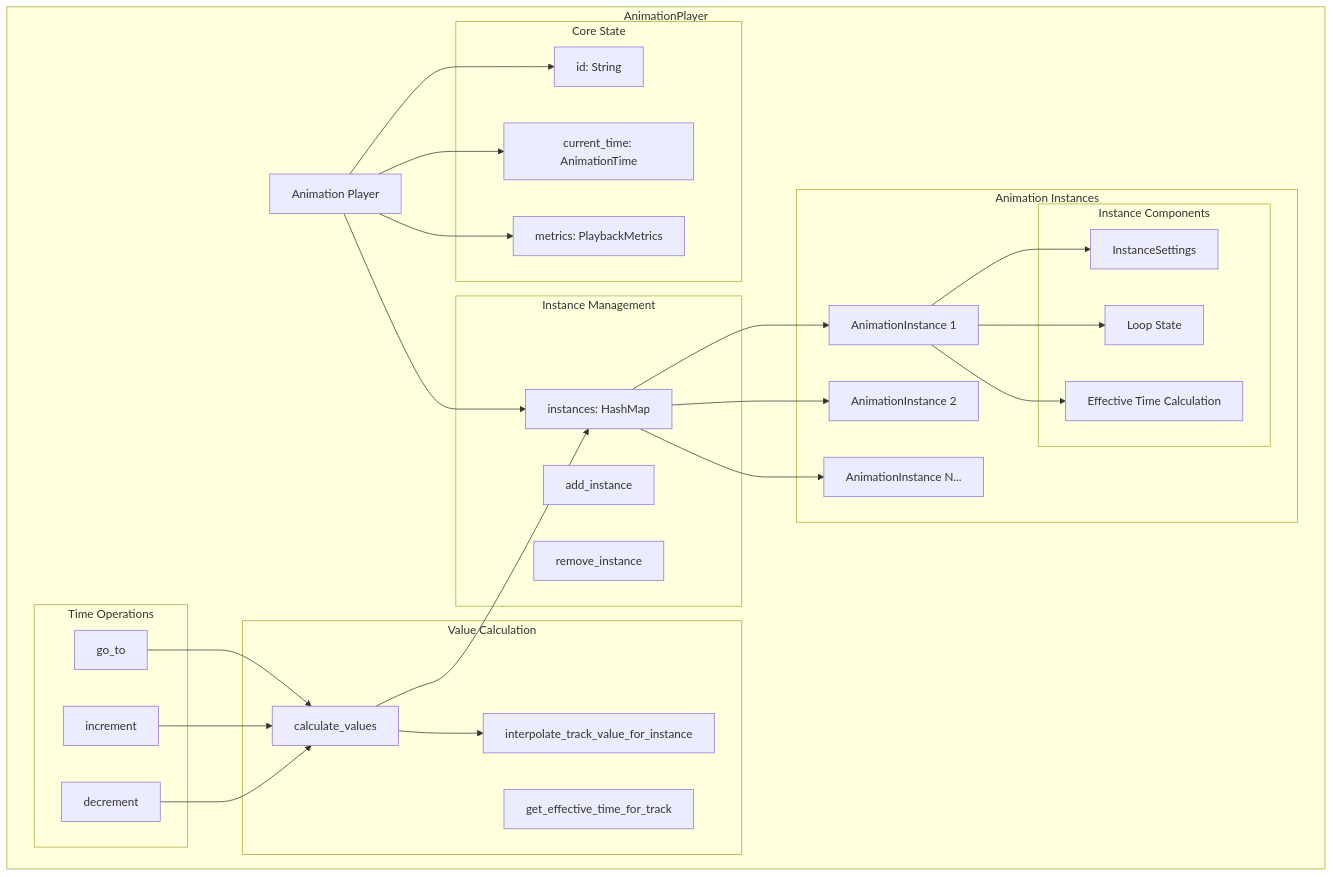
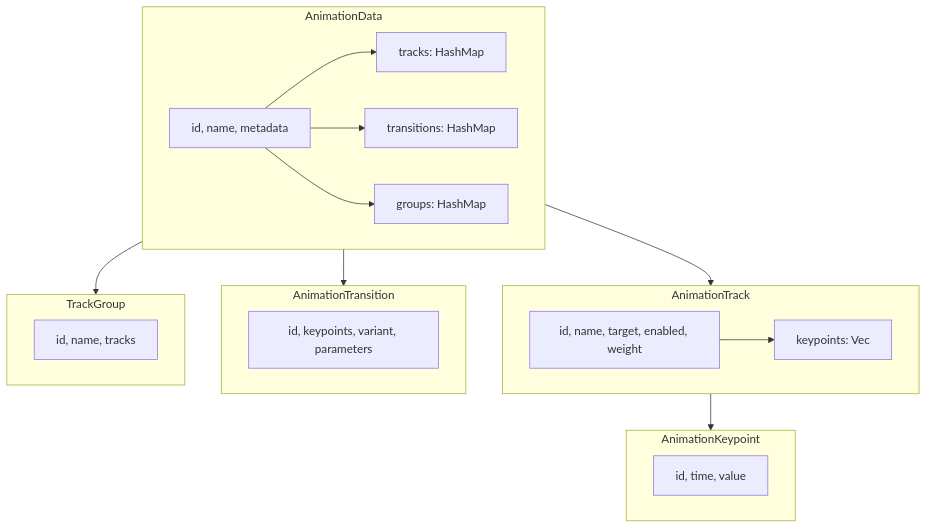
Before and after one commit to semio-ai/arora-sdk: the first of 3 diagrams in crates/arora-animation/animation-player/Player.md, drawn with Mermaid. The commit also changed other lines of this file and 1 other file, not shown here.

````diff
--- a/crates/arora-animation/animation-player/Player.md
+++ b/crates/arora-animation/animation-player/Player.md
@@ -11,63 +21,40 @@
 ```mermaid
-graph TB
-    subgraph "AnimationPlayer"
-        AP[Animation Player]
-
-        subgraph "Core State"
-            ID[id: String]
-            CurrentTime[current_time: AnimationTime]
-            Metrics[metrics: PlaybackMetrics]
-        end
-
-        subgraph "Instance Management"
-            Instances[instances: HashMap<String, AnimationInstance>]
-            AddInst[add_instance]
-            RemoveInst[remove_instance]
-        end
-
-        subgraph "Time Operations"
-            GoTo[go_to]
-            Increment[increment]
-            Decrement[decrement]
-        end
-
-        subgraph "Value Calculation"
-            CalcValues[calculate_values]
-            InterpTrack[interpolate_track_value_for_instance]
-            GetEffTime[get_effective_time_for_track]
-        end
-
-        subgraph "Animation Instances"
-            AI1[AnimationInstance 1]
-            AI2[AnimationInstance 2]
-            AI3[AnimationInstance N...]
-
-            subgraph "Instance Components"
-                InstSettings[InstanceSettings]
-                LoopState[Loop State]
-                EffectiveTime[Effective Time Calculation]
-            end
-        end
+graph TD
+    subgraph "AnimationData"
+        direction LR
+        Data[id, name, metadata]
+        Tracks[tracks: HashMap<TrackId, AnimationTrack>]
+        Transitions[transitions: HashMap<String, AnimationTransition>]
+        Groups[groups: HashMap<String, TrackGroup>]
     end
 
-    AP --> ID
-    AP --> CurrentTime
-    AP --> Metrics
-    AP --> Instances
+    subgraph "AnimationTrack"
+        direction LR
+        Track[id, name, target, enabled, weight]
+        Keypoints[keypoints: Vec<AnimationKeypoint>]
+    end
 
-    Instances --> AI1
-    Instances --> AI2
-    Instances --> AI3
+    subgraph "AnimationKeypoint"
+        direction LR
+        Keypoint[id, time, value]
+    end
 
-    AI1 --> InstSettings
-    AI1 --> LoopState
-    AI1 --> EffectiveTime
+    subgraph "AnimationTransition"
+        direction LR
+        Transition[id, keypoints, variant, parameters]
+    end
 
-    GoTo --> CalcValues
-    Increment --> CalcValues
-    Decrement --> CalcValues
+    subgraph "TrackGroup"
+        direction LR
+        Group[id, name, tracks]
+    end
 
-    CalcValues --> InterpTrack
-    CalcValues --> Instances
-
+    Data --> Tracks
+    Data --> Transitions
+    Data --> Groups
+    Tracks --> Track
+    Track --> Keypoints
+    Keypoints --> Keypoint
+    Transitions --> Transition
+    Groups --> Group
 ```
````
